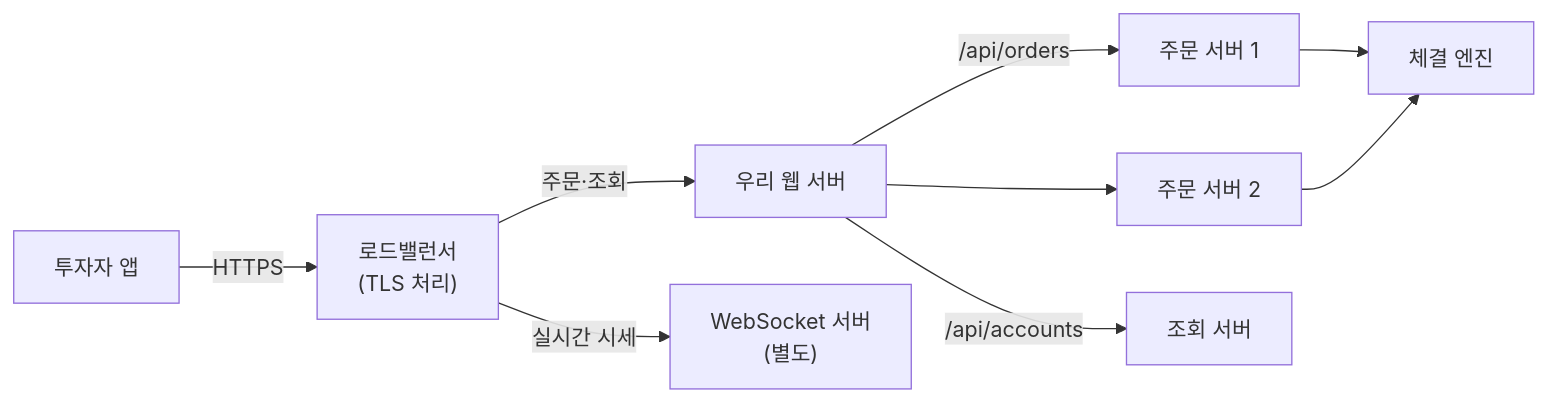
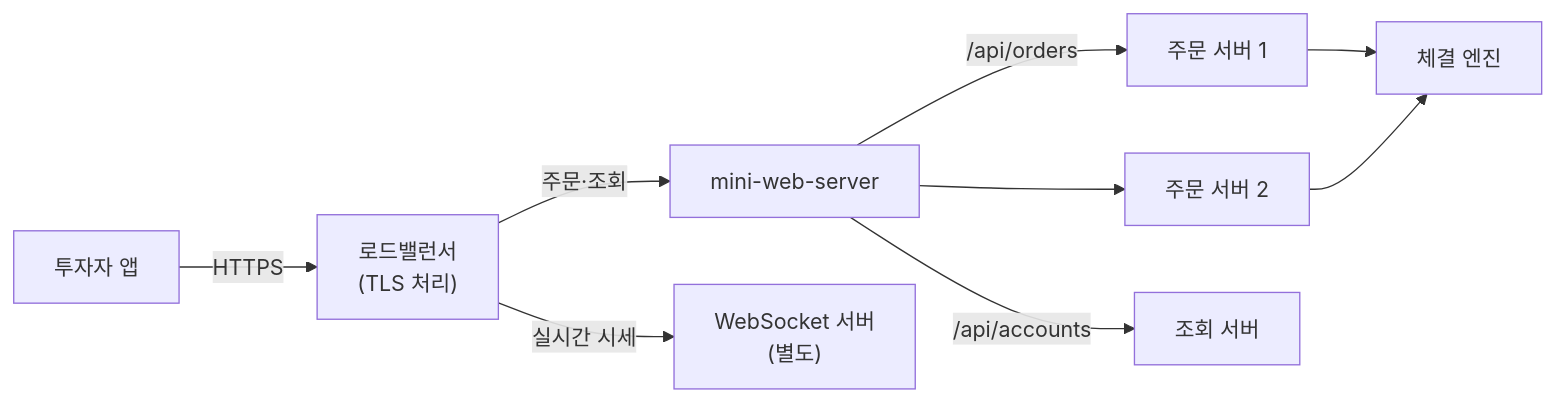
One commit to 1224kang/mini-web-server changed the second of 4 diagrams in README.md. Above: the diagram before and after it, drawn with Mermaid. The commit also changed other lines of this file, not shown here.

````diff
--- a/README.md
+++ b/README.md
@@ -191,10 +174,10 @@
 ```mermaid
 flowchart LR
     U["투자자 앱"] -->|HTTPS| LB["로드밸런서<br/>(TLS 처리)"]
-    LB -->|"주문·조회"| W["우리 웹 서버"]
+    LB -->|"주문·조회"| W["mini-web-server"]
     W -->|"/api/orders"| O1["주문 서버 1"]
     W --> O2["주문 서버 2"]
     W -->|"/api/accounts"| Q1["조회 서버"]
     LB -->|"실시간 시세"| WS["WebSocket 서버<br/>(별도)"]
     O1 & O2 --> M["체결 엔진"]
 ```
````
